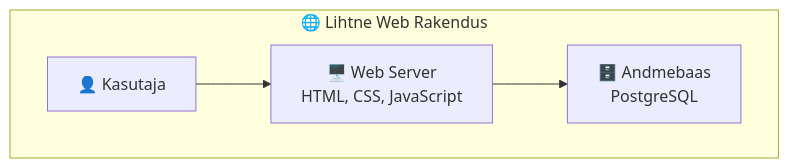
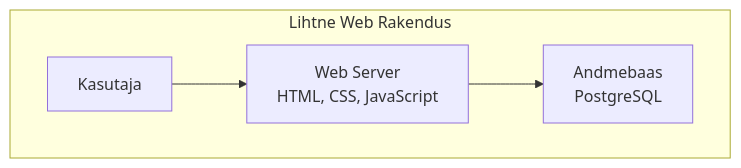
One commit to mtalvik/automatiseerimine_ext changed the second of 3 diagrams in terraform_basics/loeng.md. Above: the diagram before and after it, drawn with Mermaid. The commit also changed other lines of this file and 125 other files, not shown here.

````diff
--- a/terraform_basics/loeng.md
+++ b/terraform_basics/loeng.md
@@ -79,11 +78,11 @@
 ```mermaid
 graph TB
-    subgraph "🌐 Lihtne Web Rakendus"
-        User[👤 Kasutaja]
-        Web[🖥️ Web Server<br/>HTML, CSS, JavaScript]
-        DB[🗄️ Andmebaas<br/>PostgreSQL]
+    subgraph " Lihtne Web Rakendus"
+        User[ Kasutaja]
+        Web[ Web Server<br/>HTML, CSS, JavaScript]
+        DB[ Andmebaas<br/>PostgreSQL]
     end
     
     User --> Web
     Web --> DB
 ```
````
